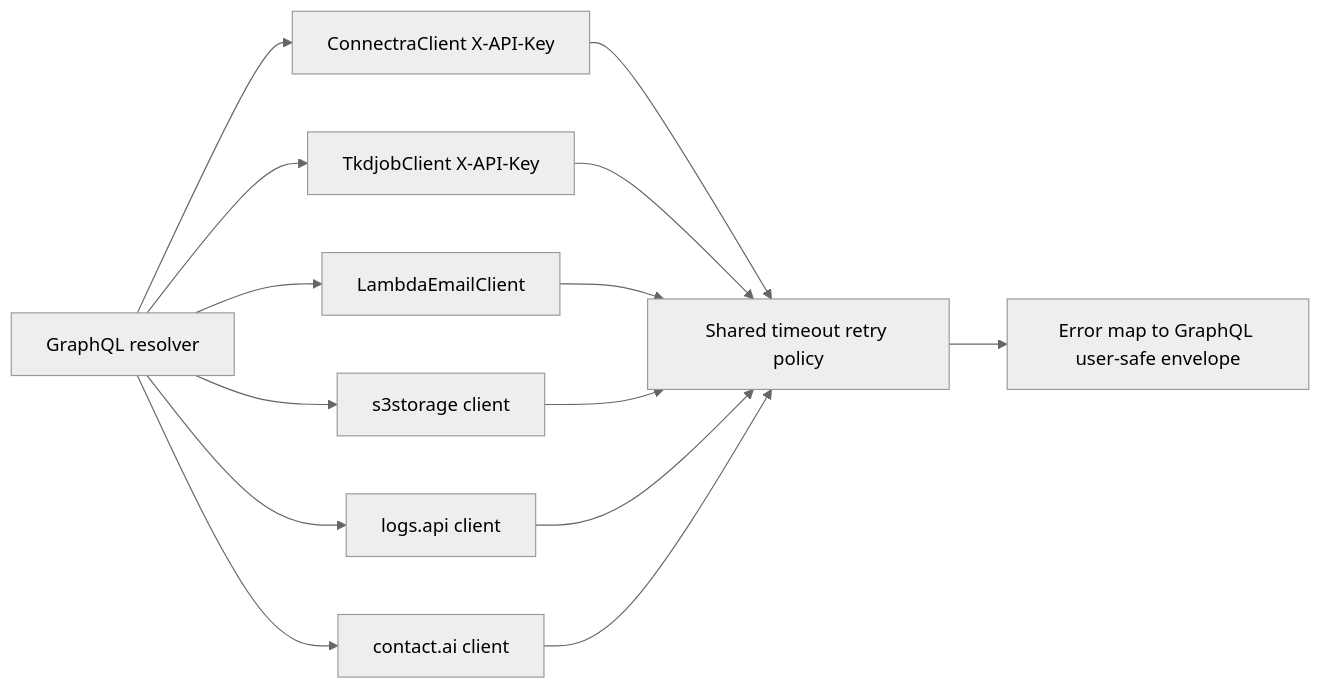
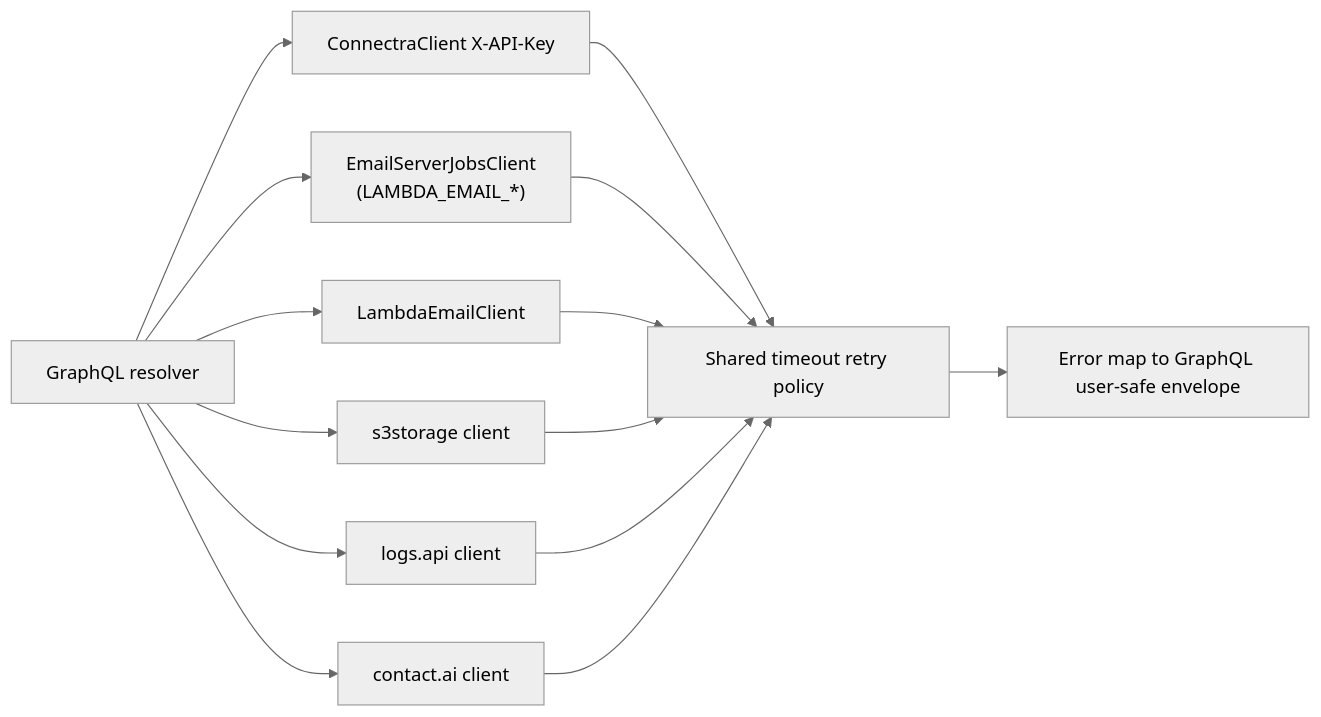
The second of 2 diagrams in 0. Foundation and pre-product stabilization and codebase setup/0.3 — Service mesh contracts.md (thekoushikdurgas/docsai), drawn with Mermaid (neutral theme) before and after one commit. The commit also changed other lines of this file and 233 other files, not shown here.

Commit message:
Update README and documentation structure; remove obsolete VERSION Contact360.md file. Enhance service contract documentation across multiple modules, including email and contact systems, and improve clarity on API integration and task tracking for various patches.

````diff
--- a/0. Foundation and pre-product stabilization and codebase setup/0.3 — Service mesh contracts.md
+++ b/0. Foundation and pre-product stabilization and codebase setup/0.3 — Service mesh contracts.md
@@ -38,16 +38,16 @@
 ```mermaid
 flowchart LR
     gw["GraphQL resolver"] --> cc["ConnectraClient X-API-Key"]
-    gw --> tj["TkdjobClient X-API-Key"]
+    gw --> esj["EmailServerJobsClient\n(LAMBDA_EMAIL_*)"]
     gw --> le["LambdaEmailClient"]
     gw --> s3["s3storage client"]
     gw --> logc["logs.api client"]
     gw --> ai["contact.ai client"]
     cc --> env["Shared timeout retry policy"]
-    tj --> env
+    esj --> env
     le --> env
     s3 --> env
     logc --> env
     ai --> env
     env --> err["Error map to GraphQL user-safe envelope"]
 ```
````
